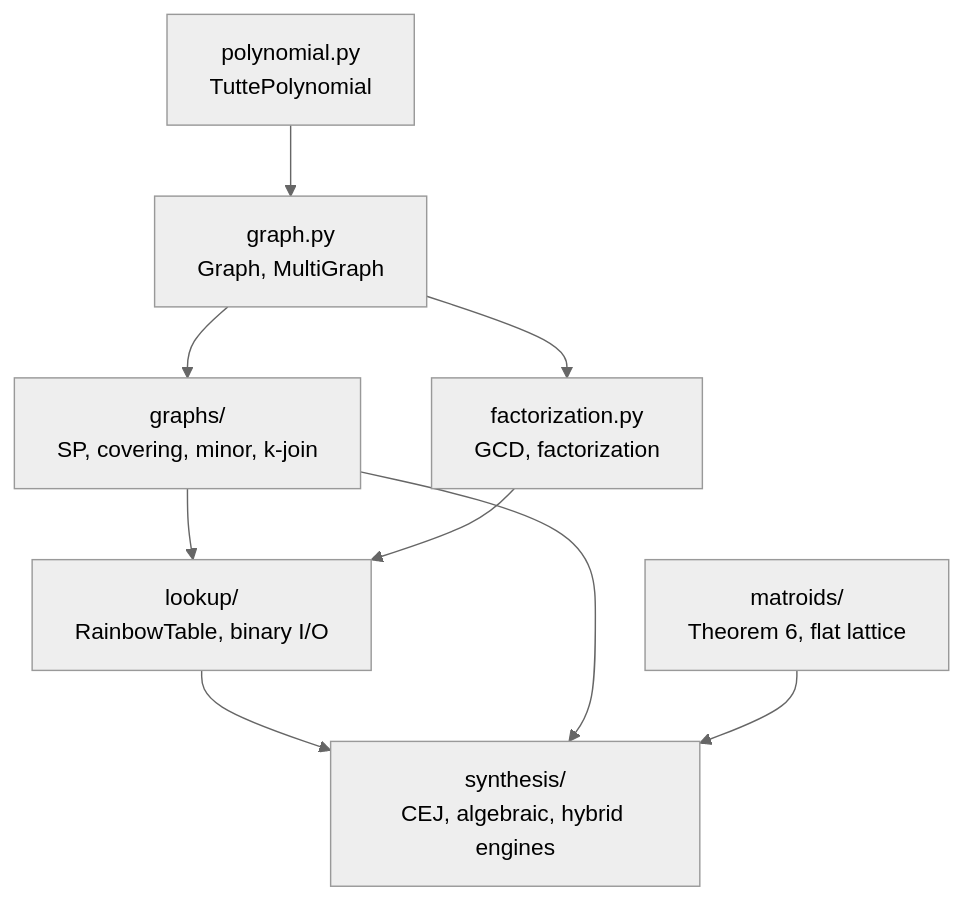
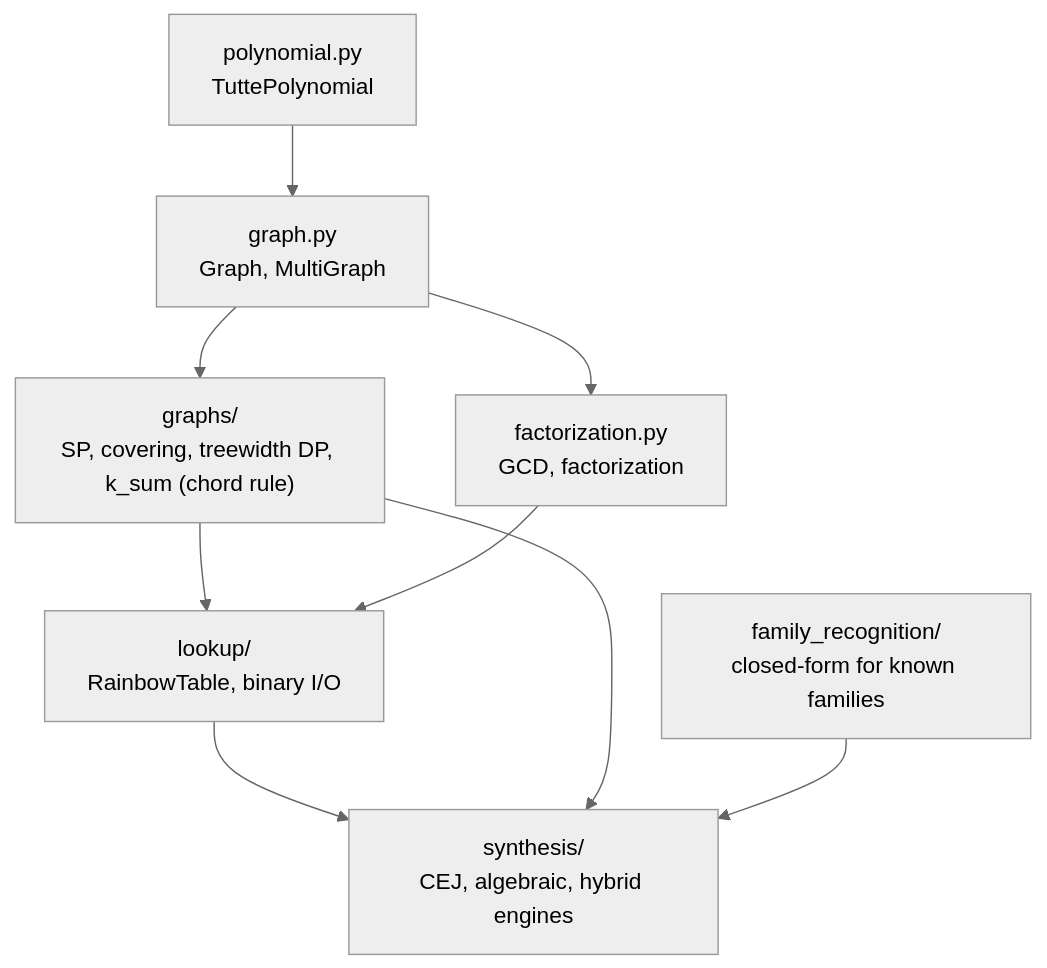
Before and after one commit to QuipNetwork/quip-protocol: the first of 2 diagrams in tutte/README.md, drawn with Mermaid (neutral theme). The commit also changed other lines of this file and 49 other files, not shown here.

Commit message:
Add algebraic chord rule, k-matching, and rooted tutte polynomial methods to make Cm3 tractable

````diff
--- a/tutte/README.md
+++ b/tutte/README.md
@@ -7,11 +7,11 @@
 ```mermaid
 graph TD
     P["polynomial.py<br/>TuttePolynomial"] --> G["graph.py<br/>Graph, MultiGraph"]
-    G --> GR["graphs/<br/>SP, covering, minor, k-join"]
+    G --> GR["graphs/<br/>SP, covering, treewidth DP, k_sum (chord rule)"]
     G --> F["factorization.py<br/>GCD, factorization"]
     GR --> L["lookup/<br/>RainbowTable, binary I/O"]
     F --> L
     L --> S["synthesis/<br/>CEJ, algebraic, hybrid engines"]
     GR --> S
-    M["matroids/<br/>Theorem 6, flat lattice"] --> S
+    FR["family_recognition/<br/>closed-form for known families"] --> S
 ```
````
